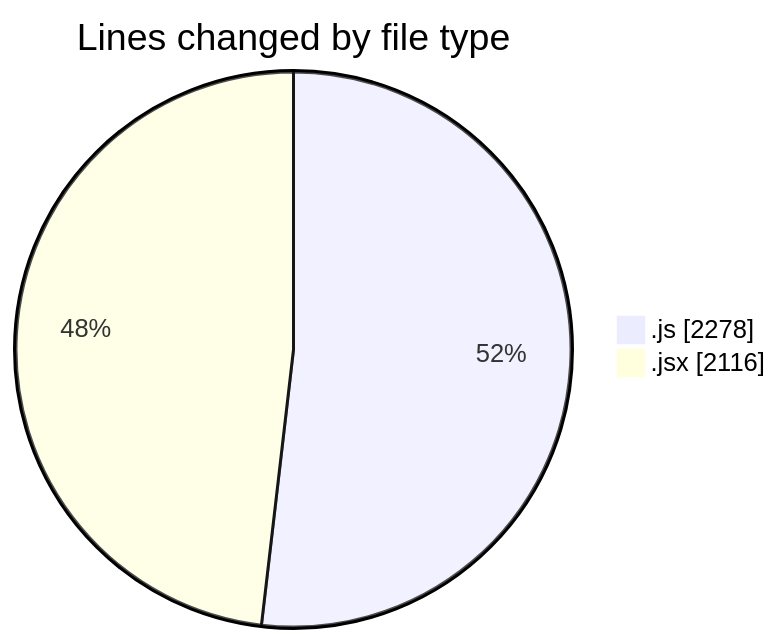
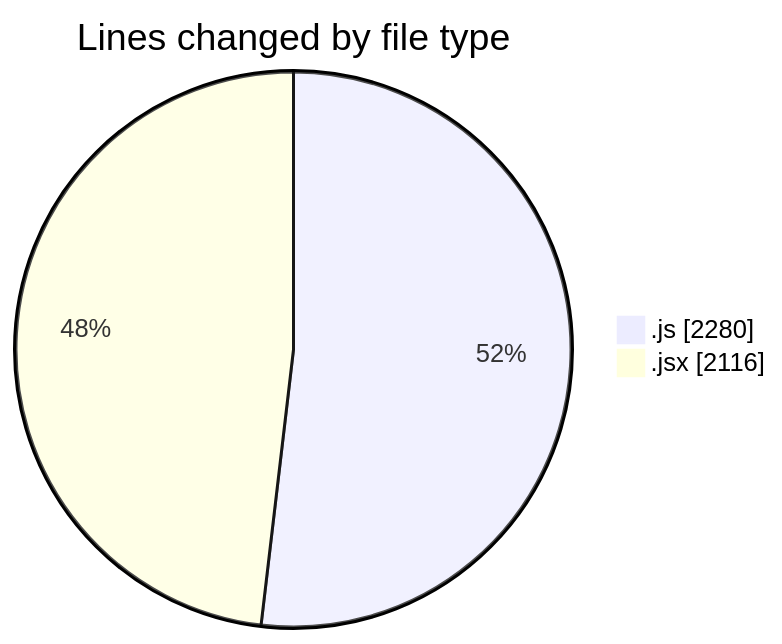
Before and after one commit to nxtqubesakshisongat/code-tracking: the first of 2 diagrams in 2025-09-01/nxtqube_webapp/README.md, drawn with Mermaid. The commit also changed other lines of this file and 1 other file, not shown here.

````diff
--- a/2025-09-01/nxtqube_webapp/README.md
+++ b/2025-09-01/nxtqube_webapp/README.md
@@ -25,6 +25,6 @@
 ```mermaid
 pie showData
 title Lines changed by file type
-".js" : 2278
+".js" : 2280
 ".jsx" : 2116
 ```
````
